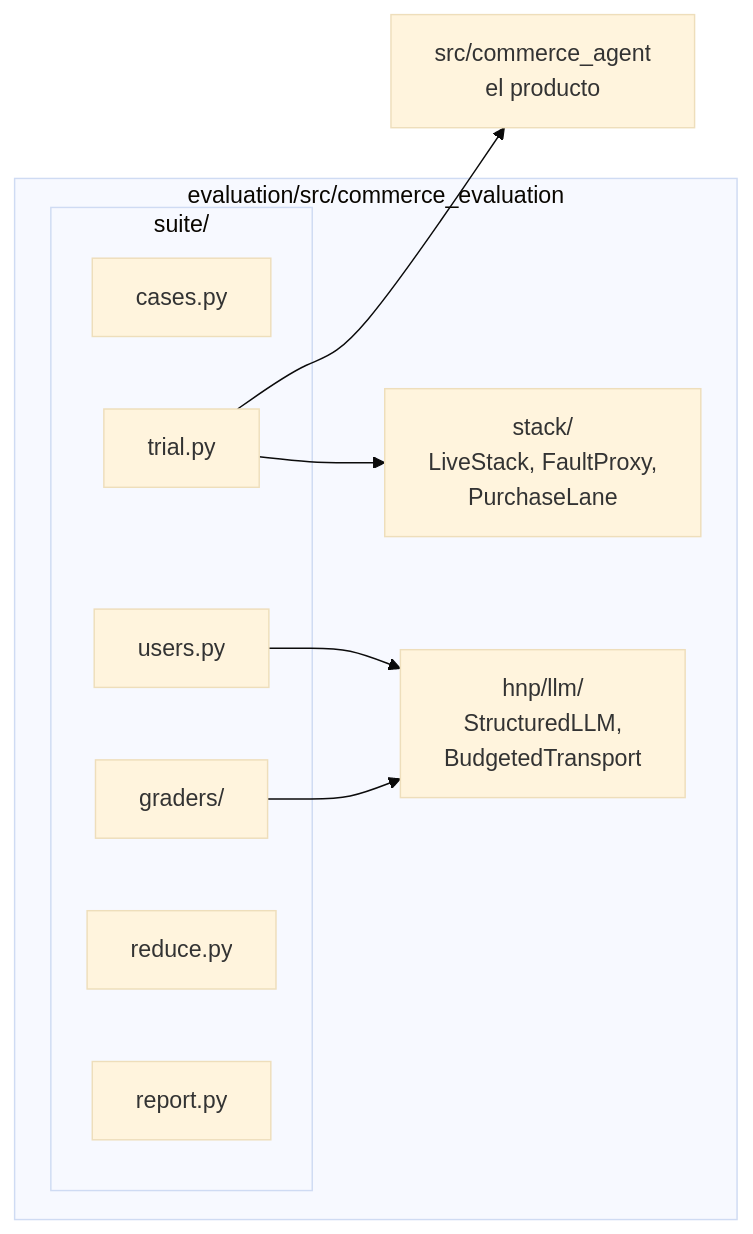
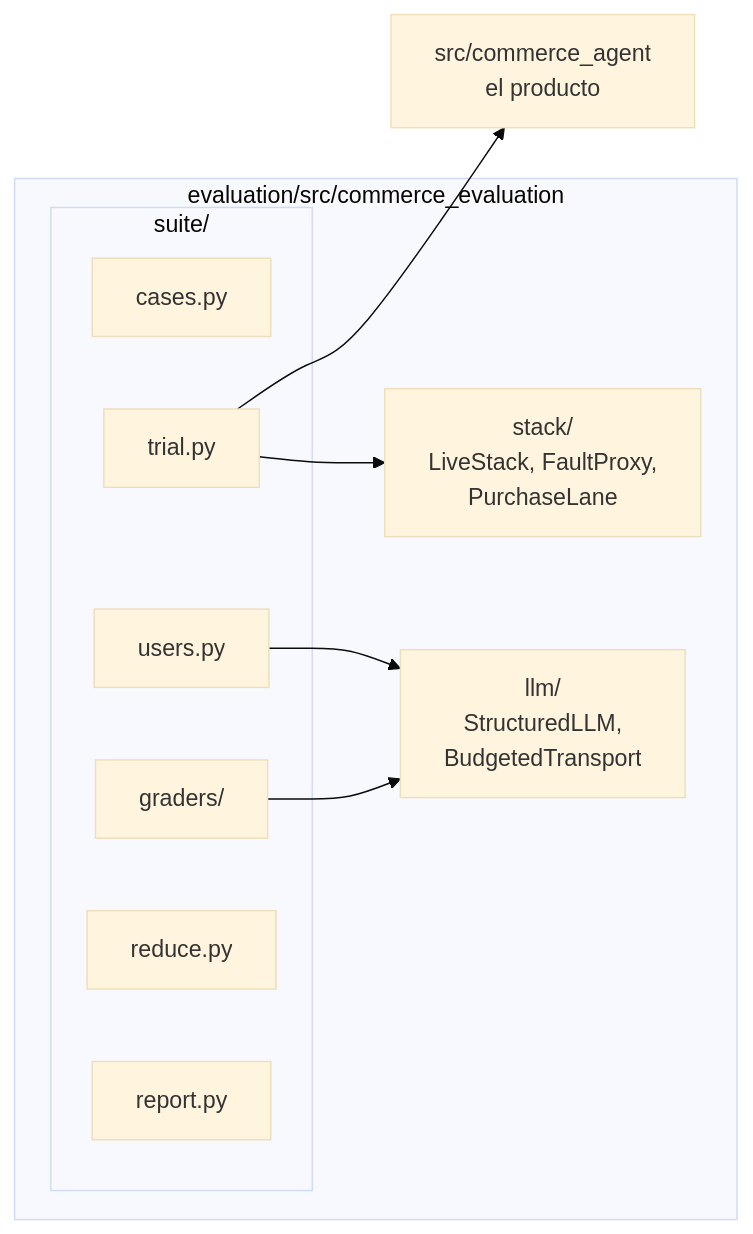
One commit to Tesis-Agentes-Comerciales/tesis-commerce-agent changed the fourth of 5 diagrams in docs/design/eval-suite.md. Above: the diagram before and after it, drawn with Mermaid (base theme). The commit also changed other lines of this file, not shown here.

````diff
--- a/docs/design/eval-suite.md
+++ b/docs/design/eval-suite.md
@@ -215,20 +231,20 @@
 ```mermaid
 flowchart LR
     subgraph eval["evaluation/src/commerce_evaluation"]
         subgraph suite["suite/"]
             cases["cases.py"]
             trial["trial.py"]
             users["users.py"]
             graders["graders/"]
             reduce["reduce.py"]
             report["report.py"]
         end
         stack["stack/<br/>LiveStack, FaultProxy,<br/>PurchaseLane"]
-        llm["hnp/llm/<br/>StructuredLLM,<br/>BudgetedTransport"]
+        llm["llm/<br/>StructuredLLM,<br/>BudgetedTransport"]
     end
     agent["src/commerce_agent<br/>el producto"]
     trial --> stack
     trial --> agent
     users --> llm
     graders --> llm
 ```
````
